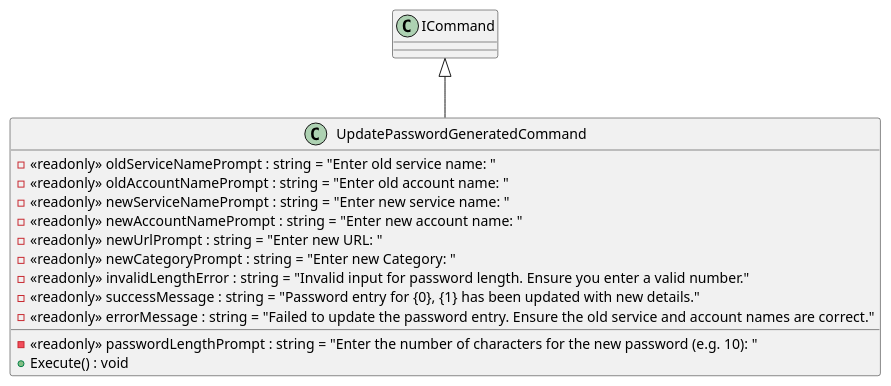
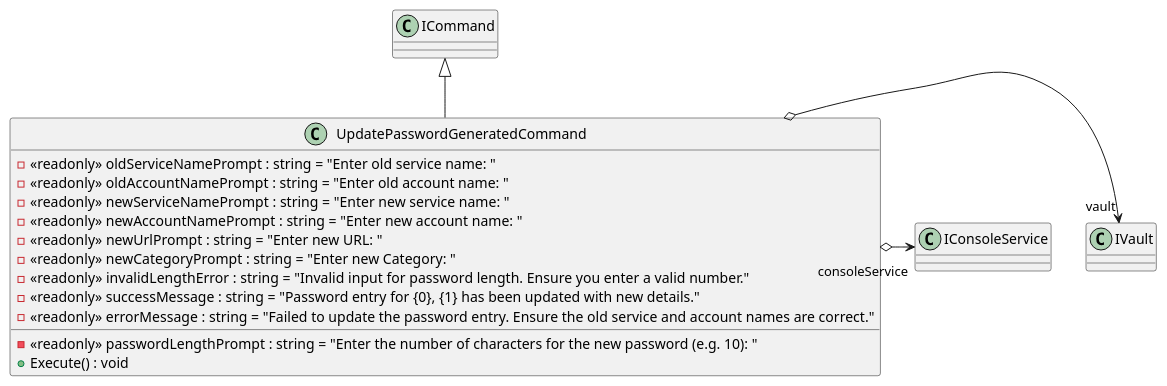
Before and after one commit to BeierKevin/KeyVaultCLI: the diagram in uml/src/KeyVaultCli.Application/PasswordEntry/Commands/UpdatePasswordEntry/UpdatePasswordGeneratedCommand.puml, drawn with PlantUML. The commit also changed 16 other files, not shown here.

```diff
--- a/uml/src/KeyVaultCli.Application/PasswordEntry/Commands/UpdatePasswordEntry/UpdatePasswordGeneratedCommand.puml
+++ b/uml/src/KeyVaultCli.Application/PasswordEntry/Commands/UpdatePasswordEntry/UpdatePasswordGeneratedCommand.puml
@@ -1,16 +1,18 @@
 @startuml
 class UpdatePasswordGeneratedCommand {
     - <<readonly>> oldServiceNamePrompt : string = "Enter old service name: "
     - <<readonly>> oldAccountNamePrompt : string = "Enter old account name: "
     - <<readonly>> newServiceNamePrompt : string = "Enter new service name: "
     - <<readonly>> newAccountNamePrompt : string = "Enter new account name: "
     - <<readonly>> newUrlPrompt : string = "Enter new URL: "
     - <<readonly>> newCategoryPrompt : string = "Enter new Category: "
     - <<readonly>> passwordLengthPrompt : string = "Enter the number of characters for the new password (e.g. 10): "
     - <<readonly>> invalidLengthError : string = "Invalid input for password length. Ensure you enter a valid number."
     - <<readonly>> successMessage : string = "Password entry for {0&#125;, {1&#125; has been updated with new details."
     - <<readonly>> errorMessage : string = "Failed to update the password entry. Ensure the old service and account names are correct."
     + Execute() : void
 }
 ICommand <|-- UpdatePasswordGeneratedCommand
+UpdatePasswordGeneratedCommand o-> "vault" IVault
+UpdatePasswordGeneratedCommand o-> "consoleService" IConsoleService
 @enduml
```
